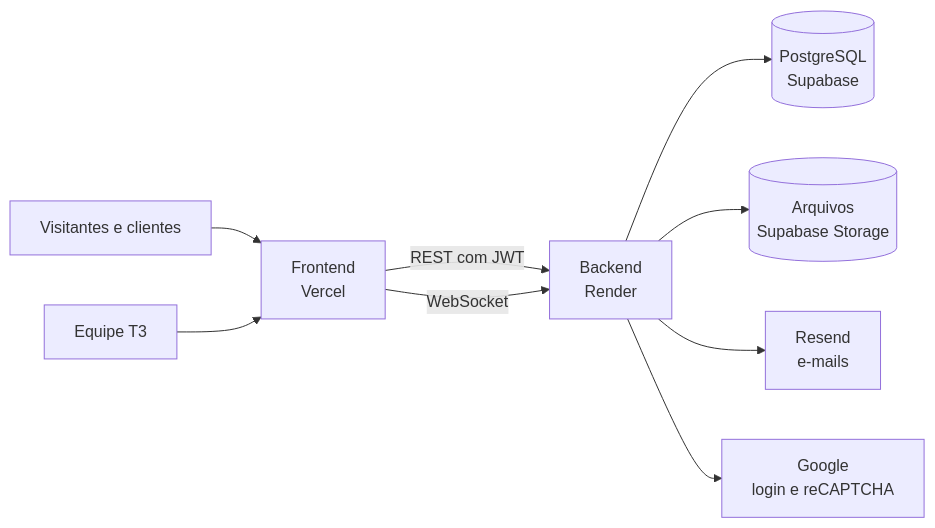
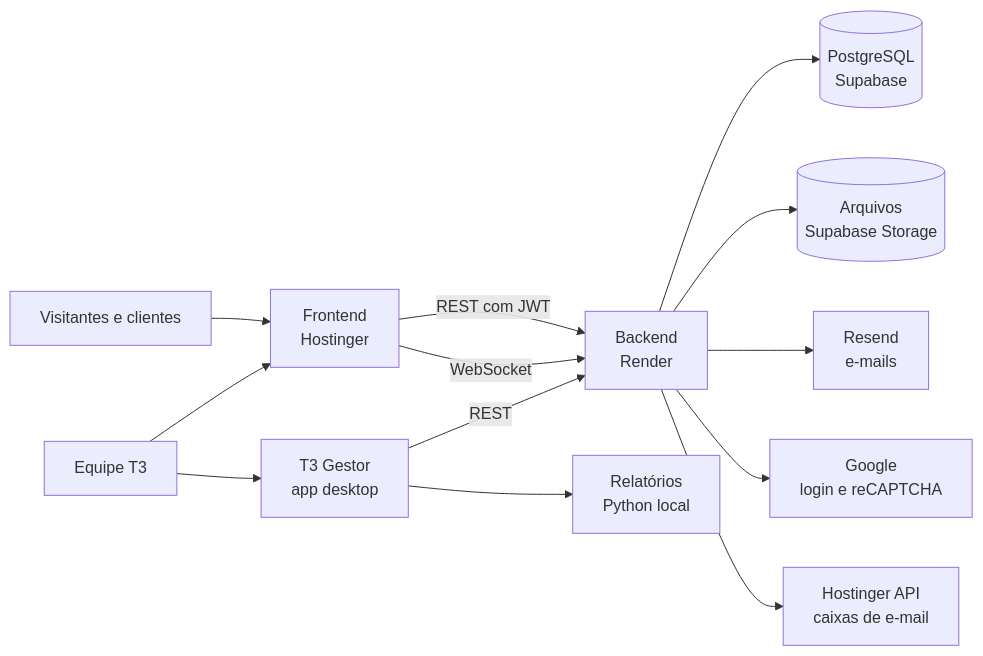
One commit to T3OOH/.github changed the first of 2 diagrams in profile/README.md. Above: the diagram before and after it, drawn with Mermaid. The commit also changed other lines of this file and 3 other files, not shown here.

````diff
--- a/profile/README.md
+++ b/profile/README.md
@@ -65,11 +70,15 @@
 ```mermaid
 flowchart LR
     V[Visitantes e clientes] --> FE
     E[Equipe T3] --> FE
-    FE[Frontend<br/>Vercel] -- REST com JWT --> BE[Backend<br/>Render]
+    E --> APP[T3 Gestor<br/>app desktop]
+    FE[Frontend<br/>Hostinger] -- REST com JWT --> BE[Backend<br/>Render]
     FE -- WebSocket --> BE
+    APP -- REST --> BE
+    APP --> REL[Relatórios<br/>Python local]
     BE --> DB[(PostgreSQL<br/>Supabase)]
     BE --> ST[(Arquivos<br/>Supabase Storage)]
     BE --> RS[Resend<br/>e-mails]
     BE --> GO[Google<br/>login e reCAPTCHA]
+    BE --> HG[Hostinger API<br/>caixas de e-mail]
 ```
````
